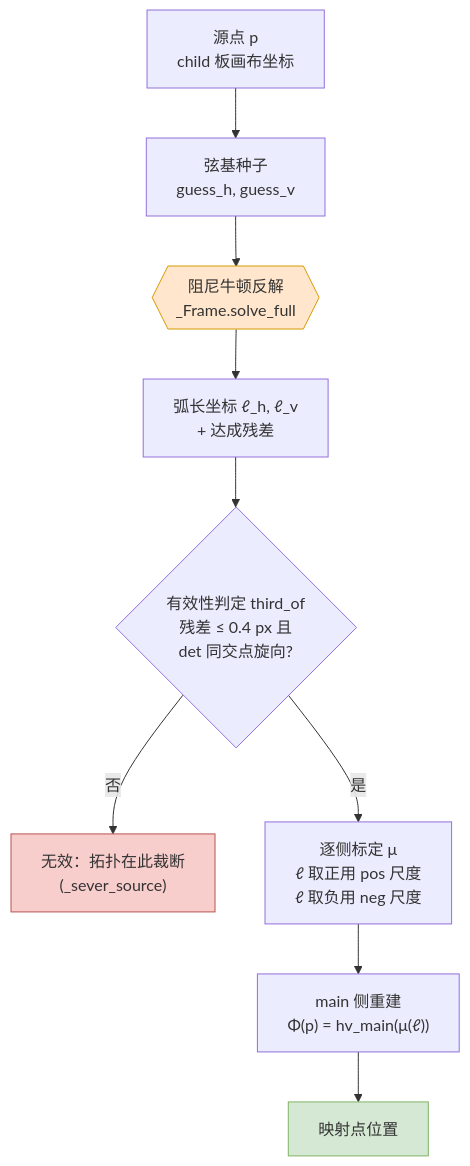
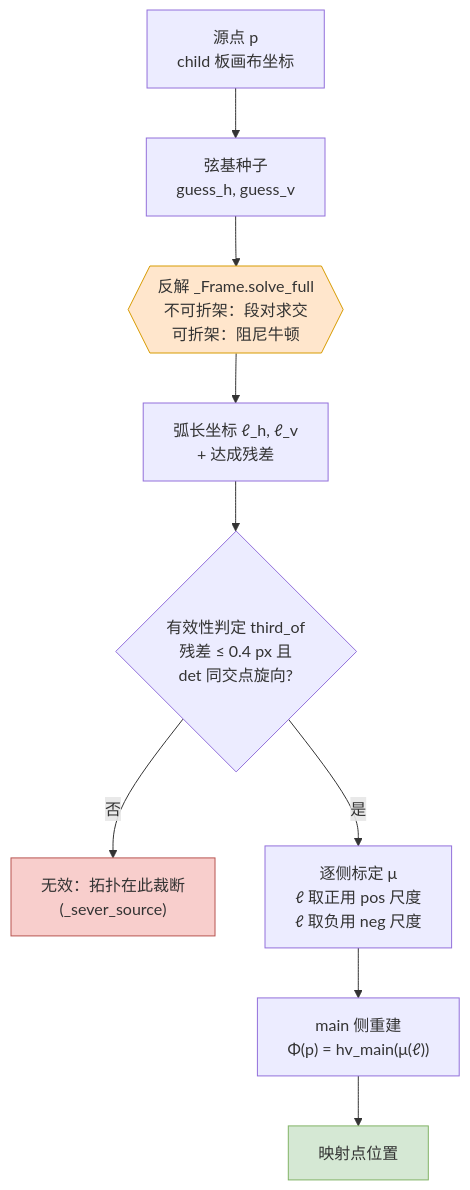
One commit to Nice9Tian/AnimeAn changed the first of 4 diagrams in docs/auto_mapping/point_mapping_newton.md. Above: the diagram before and after it, drawn with Mermaid. The commit also changed other lines of this file and 6 other files, not shown here.

````diff
--- a/docs/auto_mapping/point_mapping_newton.md
+++ b/docs/auto_mapping/point_mapping_newton.md
@@ -60,15 +62,15 @@
 ```mermaid
 flowchart TD
     A["源点 p<br/>child 板画布坐标"] --> B["弦基种子<br/>guess_h, guess_v"]
-    B --> C{{"阻尼牛顿反解<br/>_Frame.solve_full"}}
+    B --> C{{"反解 _Frame.solve_full<br/>不可折架：段对求交<br/>可折架：阻尼牛顿"}}
     C --> D["弧长坐标 ℓ_h, ℓ_v<br/>+ 达成残差"]
     D --> K{"有效性判定 third_of<br/>残差 ≤ 0.4 px 且<br/>det 同交点旋向?"}
     K -- 否 --> X["无效：拓扑在此裁断<br/>(_sever_source)"]
     K -- 是 --> F["逐侧标定 μ<br/>ℓ 取正用 pos 尺度<br/>ℓ 取负用 neg 尺度"]
     F --> G["main 侧重建<br/>Φ(p) = hv_main(μ(ℓ))"]
     G --> J["映射点位置"]
 
     style C fill:#ffe6cc,stroke:#d79b00
     style X fill:#f8cecc,stroke:#b85450
     style J fill:#d5e8d4,stroke:#82b366
 ```
````
